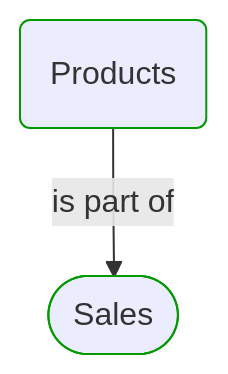
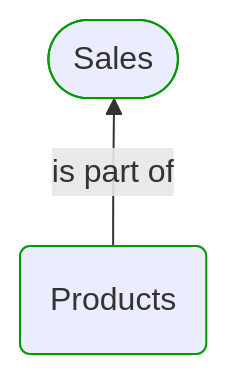
Before and after one commit to itlibrium/DDD-starter-dotnet: the first of 5 diagrams in Docs/P3/MermaidOutput/Modules/Sales/Products/Products.md, drawn with Mermaid. The commit also changed other lines of this file and 174 other files, not shown here.

````diff
--- a/Docs/P3/MermaidOutput/Modules/Sales/Products/Products.md
+++ b/Docs/P3/MermaidOutput/Modules/Sales/Products/Products.md
@@ -20,11 +20,14 @@
 ```mermaid
   flowchart TB
-    0(Products)
+    0([Sales])
     class 0 DomainPerspective
-    1([Sales])
+    1(Products)
     class 1 DomainPerspective
-    0-->|is part of|1
+    0---1
+    1-->|is part of|0
+    1---0
+    linkStyle 0,2 stroke:none
     classDef DomainPerspective stroke:#009900
     classDef TechnologyPerspective stroke:#1F41EB
     classDef PeoplePerspective stroke:#FFF014
 ```
````
